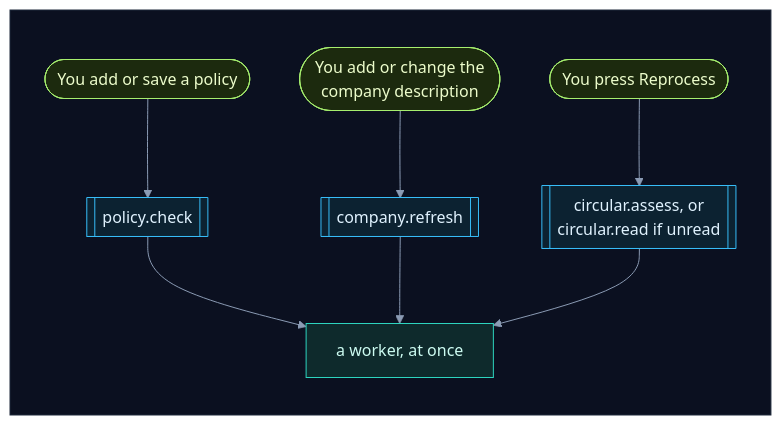
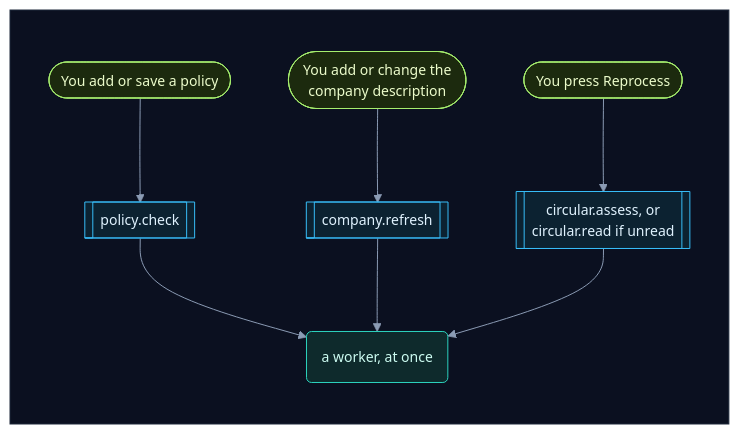
The seventh of 8 diagrams in system_overview.md (selvakumarperumal/Regulatory_Circular_Impact_Agent), drawn with Mermaid before and after one commit. The commit also changed other lines of this file and 5 other files, not shown here.

Commit message:
Give the docs' flowcharts a shape per kind of part, more room and slightly smaller text

````diff
--- a/system_overview.md
+++ b/system_overview.md
@@ -302,20 +302,20 @@
 ```mermaid
-%%{init: {"theme": "base", "flowchart": {"diagramPadding": 0}, "themeVariables": {"darkMode": true, "primaryColor": "#16213a", "primaryTextColor": "#e6edf7", "primaryBorderColor": "#475a7a", "lineColor": "#8b9bb4", "secondaryColor": "#1b2436", "tertiaryColor": "#101a2e", "edgeLabelBackground": "#0f172a", "textColor": "#e2e8f0", "clusterBkg": "#0f1728", "clusterBorder": "#2b3a55", "titleColor": "#c4b5fd", "nodeTextColor": "#e6edf7"}}}%%
+%%{init: {"theme": "base", "flowchart": {"diagramPadding": 0, "nodeSpacing": 58, "rankSpacing": 58, "curve": "basis"}, "themeVariables": {"fontSize": "14px", "darkMode": true, "primaryColor": "#16213a", "primaryTextColor": "#e6edf7", "primaryBorderColor": "#475a7a", "lineColor": "#8b9bb4", "secondaryColor": "#1b2436", "tertiaryColor": "#101a2e", "edgeLabelBackground": "#0f172a", "textColor": "#e2e8f0", "clusterBkg": "#0f1728", "clusterBorder": "#2b3a55", "titleColor": "#c4b5fd", "nodeTextColor": "#e6edf7"}}}%%
 flowchart TD
     subgraph canvas[" "]
         direction TB
         p(["You add or save a policy"]) --> pc[["policy.check"]]
         d(["You add or change the<br/>company description"]) --> cr[["company.refresh"]]
         r(["You press Reprocess"]) --> ra[["circular.assess, or<br/>circular.read if unread"]]
-        pc --> k["a worker, at once"]
+        pc --> k("a worker, at once")
         cr --> k
         ra --> k
     end
     classDef svc fill:#0e2a2c,stroke:#2dd4bf,color:#ccfbf1
     classDef start fill:#1c2a0e,stroke:#a7ef6f,color:#ecfccb
     classDef queue fill:#0c2231,stroke:#38bdf8,color:#e0f2fe
     class p,d,r start
     class pc,cr,ra queue
     class k svc
     style canvas fill:#0b1020,stroke:#1e293b,color:#0b1020
 ```
````
